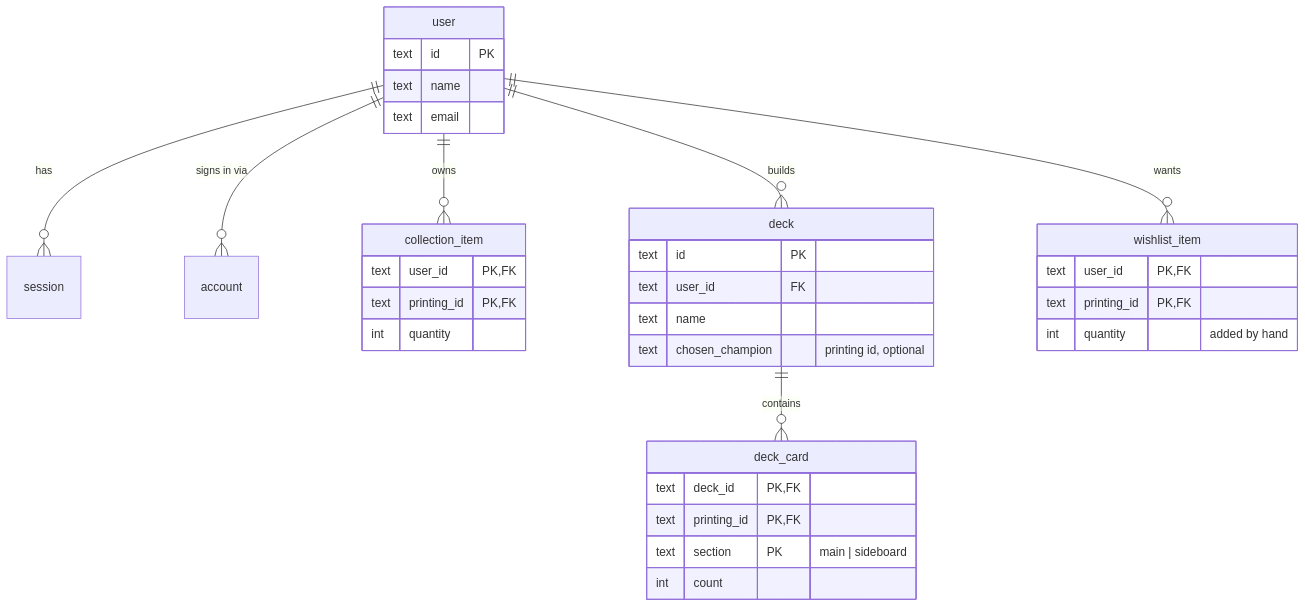
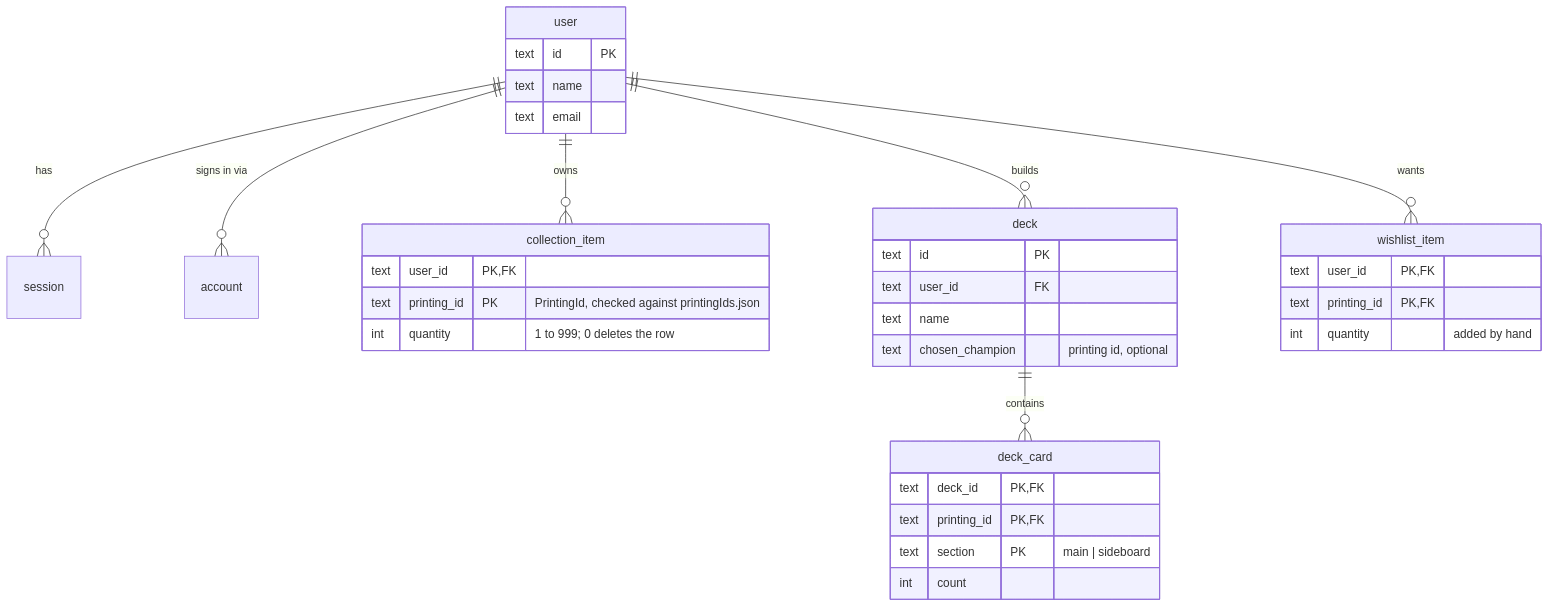
One commit to NichAnti/runebinder changed the first of 7 diagrams in docs/03-data-and-flows.md. Above: the diagram before and after it, drawn with Mermaid. The commit also changed other lines of this file and 2 other files, not shown here.

````diff
--- a/docs/03-data-and-flows.md
+++ b/docs/03-data-and-flows.md
@@ -20,37 +20,37 @@
 ```mermaid
 erDiagram
   user ||--o{ session : has
   user ||--o{ account : "signs in via"
   user ||--o{ collection_item : owns
   user ||--o{ deck : builds
   deck ||--o{ deck_card : contains
   user ||--o{ wishlist_item : wants
 
   user {
     text id PK
     text name
     text email
   }
   collection_item {
     text user_id PK, FK
-    text printing_id PK, FK
-    int quantity
+    text printing_id PK "PrintingId, checked against printingIds.json"
+    int quantity "1 to 999; 0 deletes the row"
   }
   deck {
     text id PK
     text user_id FK
     text name
     text chosen_champion "printing id, optional"
   }
   deck_card {
     text deck_id PK, FK
     text printing_id PK, FK
     text section PK "main | sideboard"
     int count
   }
   wishlist_item {
     text user_id PK, FK
     text printing_id PK, FK
     int quantity "added by hand"
   }
 ```
````
